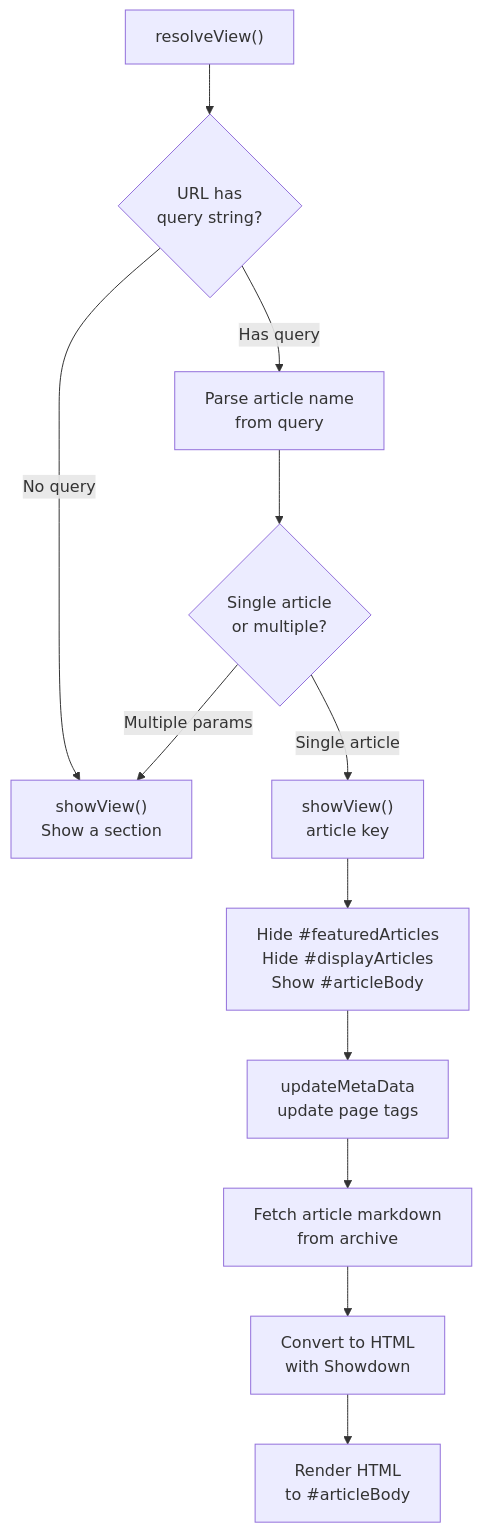
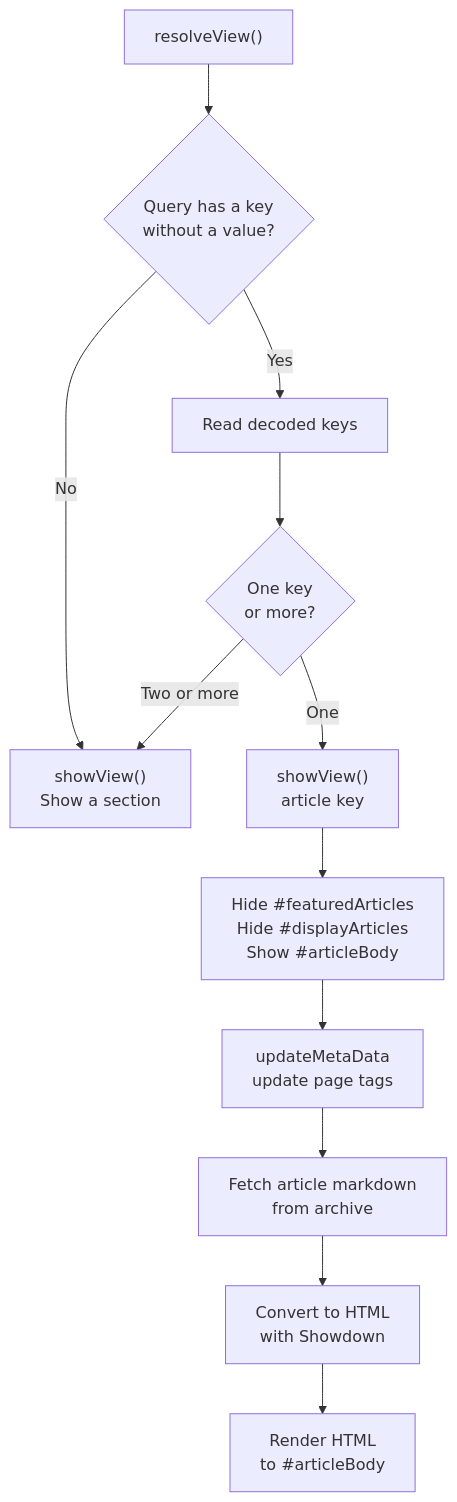
The third of 5 diagrams in docs/architecture/data-flow.md (AlexJSully/Small-Dev-Talk), drawn with Mermaid before and after one commit. The commit also changed other lines of this file and 6 other files, not shown here.

First line of the commit message:
Show not-found for inherited keys and fix review findings

````diff
--- a/docs/architecture/data-flow.md
+++ b/docs/architecture/data-flow.md
@@ -152,16 +152,16 @@
 ```mermaid
 flowchart TD
     accTitle: Article loading logic in resolveView() and showView()
-    accDescr: resolveView() checks for a query string. No query or multiple parameters shows a section or the archive. A single article key makes showView() hide the featured and display sections, show articleBody, update metadata, fetch the Markdown, convert it with Showdown, and render it to articleBody.
-    A["resolveView()"] --> B{"URL has<br/>query string?"}
-    B -->|No query| C["showView()<br/>Show a section"]
-    B -->|Has query| D["Parse article name<br/>from query"]
-    D --> E{"Single article<br/>or multiple?"}
-    E -->|Multiple params| C
-    E -->|Single article| F["showView()<br/>article key"]
+    accDescr: resolveView() reads the decoded keys of the query string, leaving out parameters with a value and empty segments. No key, or two or more keys, shows a section or the archive. A single article key makes showView() hide the featured and display sections, show articleBody, update metadata, fetch the Markdown, convert it with Showdown, and render it to articleBody.
+    A["resolveView()"] --> B{"Query has a key<br/>without a value?"}
+    B -->|No| C["showView()<br/>Show a section"]
+    B -->|Yes| D["Read decoded keys"]
+    D --> E{"One key<br/>or more?"}
+    E -->|Two or more| C
+    E -->|One| F["showView()<br/>article key"]
     F --> G["Hide #featuredArticles<br/>Hide #displayArticles<br/>Show #articleBody"]
     G --> J["updateMetaData<br/>update page tags"]
     J --> H["Fetch article markdown<br/>from archive"]
     H --> I["Convert to HTML<br/>with Showdown"]
     I --> K["Render HTML<br/>to #articleBody"]
 ```
````
